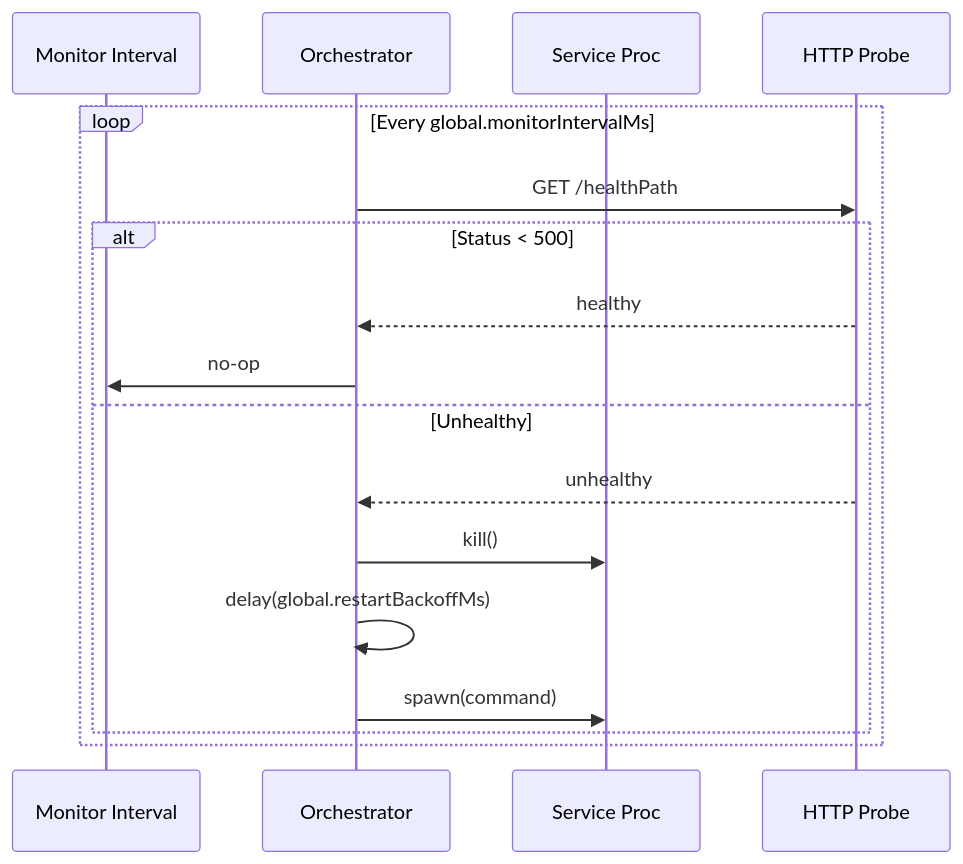
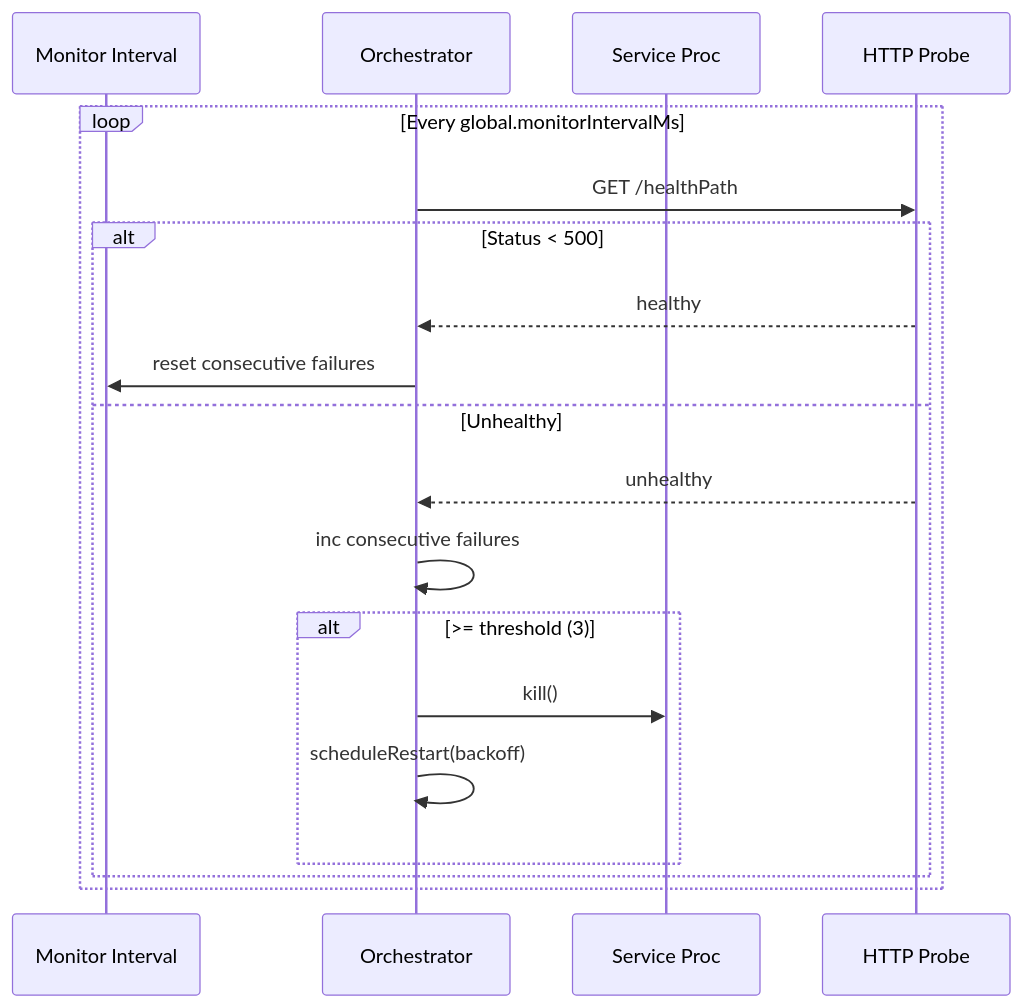
The second of 4 diagrams in docs/orchestration-manifest.md (jonahkeegan/critgenius-listener), drawn with Mermaid before and after one commit. The commit also changed other lines of this file and 23 other files, not shown here.

Commit message:
feat(orchestration): add manifest-driven dev orchestration v3 with restart backoff & resilience docs

````diff
--- a/docs/orchestration-manifest.md
+++ b/docs/orchestration-manifest.md
@@ -58,20 +61,22 @@
 ```mermaid
 sequenceDiagram
     participant Monitor as Monitor Interval
     participant Orchestrator
     participant Service as Service Proc
     participant Health as HTTP Probe
 
     loop Every global.monitorIntervalMs
         Orchestrator->>Health: GET /healthPath
         alt Status < 500
             Health-->>Orchestrator: healthy
-            Orchestrator->>Monitor: no-op
+            Orchestrator->>Monitor: reset consecutive failures
         else Unhealthy
             Health-->>Orchestrator: unhealthy
-            Orchestrator->>Service: kill()
-            Orchestrator->>Orchestrator: delay(global.restartBackoffMs)
-            Orchestrator->>Service: spawn(command)
+            Orchestrator->>Orchestrator: inc consecutive failures
+            alt >= threshold (3)
+                Orchestrator->>Service: kill()
+                Orchestrator->>Orchestrator: scheduleRestart(backoff)
+            end
         end
     end
 ```
````
